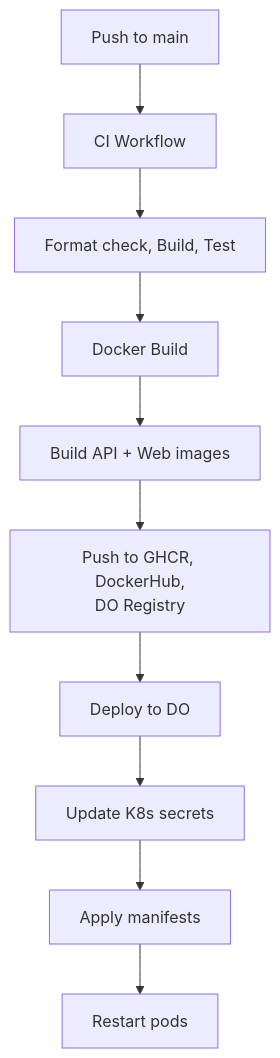
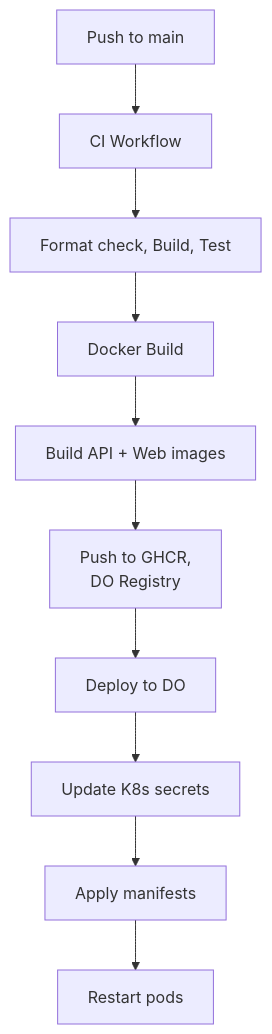
One commit to ever-works/ever-works changed the diagram in docs/devops/ci-cd.md. Above: the diagram before and after it, drawn with Mermaid. The commit also changed other lines of this file and 36 other files, not shown here.

````diff
--- a/docs/devops/ci-cd.md
+++ b/docs/devops/ci-cd.md
@@ -226,12 +227,12 @@
 ```mermaid
 flowchart TD
     A["Push to main"] --> B["CI Workflow"]
     B --> B1["Format check, Build, Test"]
     B1 --> C["Docker Build"]
     C --> C1["Build API + Web images"]
-    C1 --> C2["Push to GHCR, DockerHub,<br/>DO Registry"]
+    C1 --> C2["Push to GHCR,<br/>DO Registry"]
     C2 --> D["Deploy to DO"]
     D --> D1["Update K8s secrets"]
     D1 --> D2["Apply manifests"]
     D2 --> D3["Restart pods"]
 ```
````
